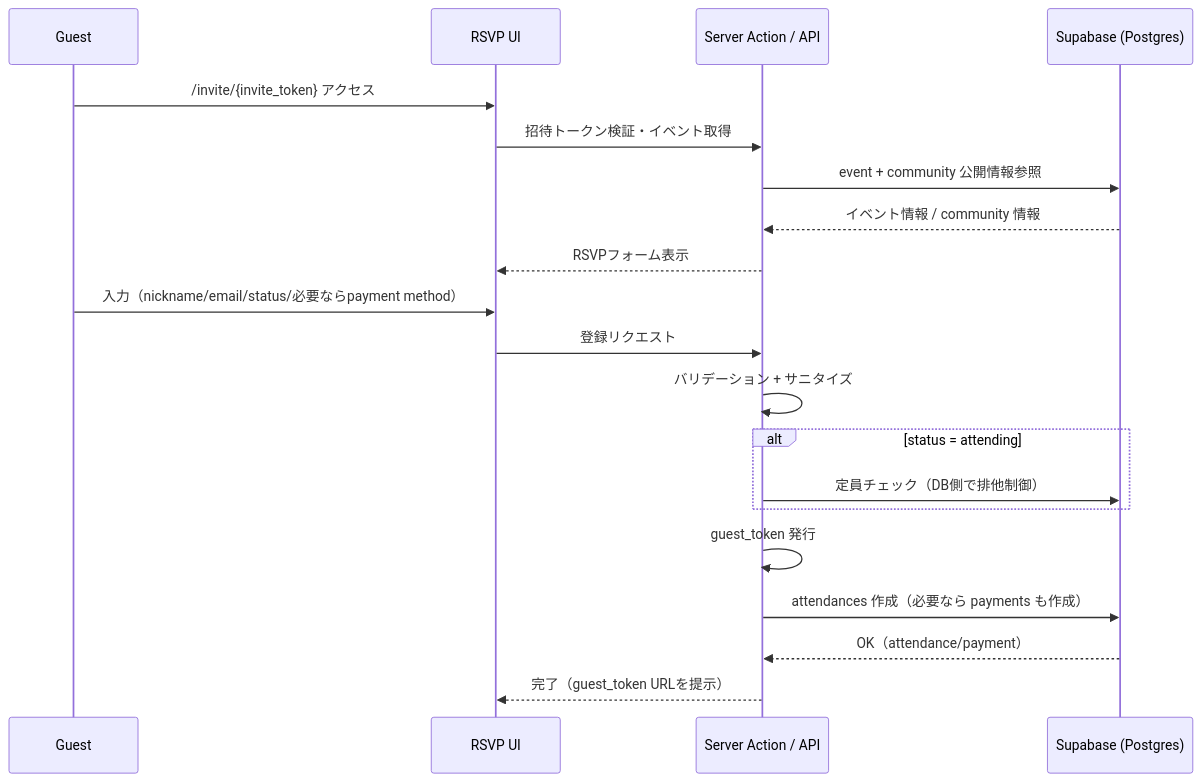
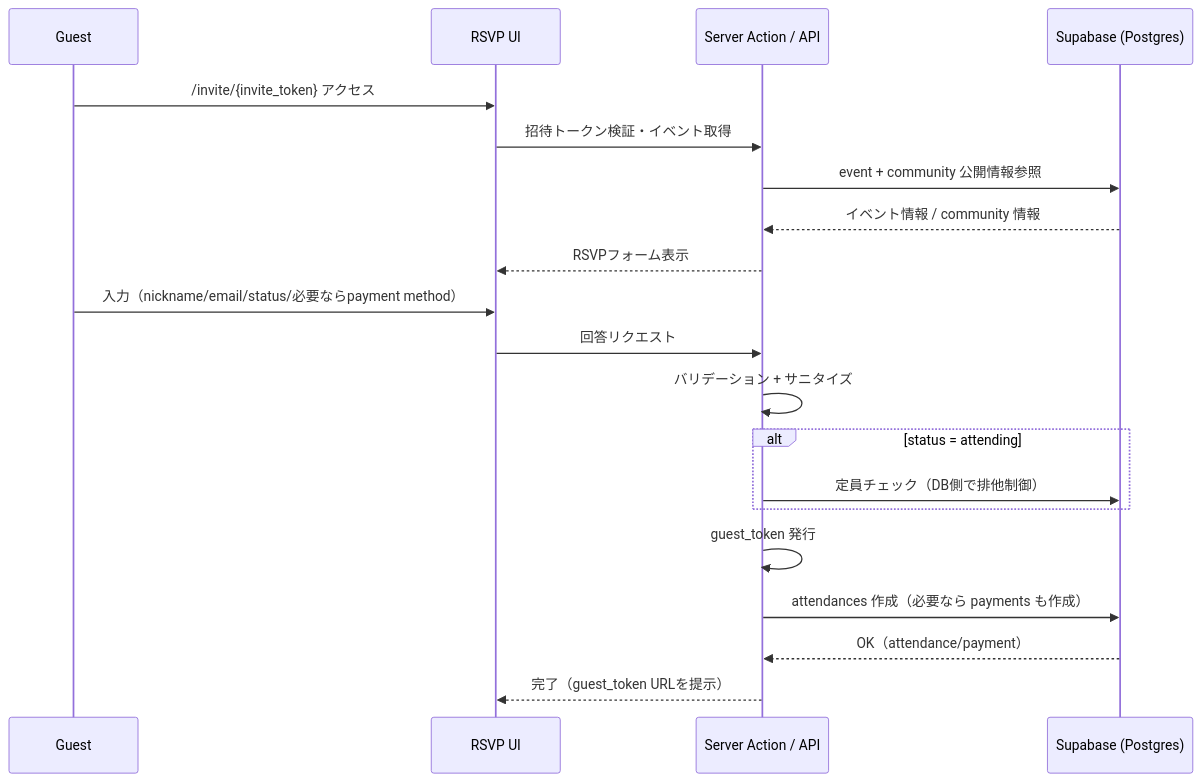
One commit to rytkhs/event-pay changed the diagram in docs/flows/guest-rsvp.md. Above: the diagram before and after it, drawn with Mermaid. The commit also changed other lines of this file and 54 other files, not shown here.

````diff
--- a/docs/flows/guest-rsvp.md
+++ b/docs/flows/guest-rsvp.md
@@ -31,24 +31,24 @@
 ```mermaid
 sequenceDiagram
   participant G as Guest
   participant UI as RSVP UI
   participant App as Server Action / API
   participant DB as Supabase (Postgres)
 
   G->>UI: /invite/{invite_token} アクセス
   UI->>App: 招待トークン検証・イベント取得
   App->>DB: event + community 公開情報参照
   DB-->>App: イベント情報 / community 情報
   App-->>UI: RSVPフォーム表示
 
   G->>UI: 入力（nickname/email/status/必要ならpayment method）
-  UI->>App: 登録リクエスト
+  UI->>App: 回答リクエスト
   App->>App: バリデーション + サニタイズ
   alt status = attending
     App->>DB: 定員チェック（DB側で排他制御）
   end
   App->>App: guest_token 発行
   App->>DB: attendances 作成（必要なら payments も作成）
   DB-->>App: OK（attendance/payment）
   App-->>UI: 完了（guest_token URLを提示）
 ```
````
